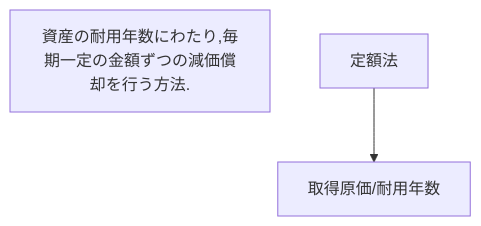
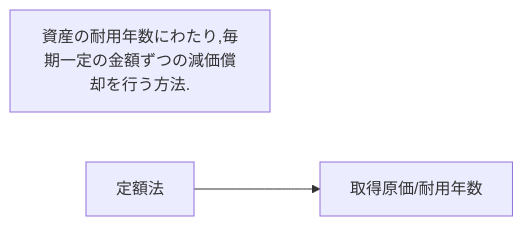
The third of 3 diagrams in 減価償却/減価償却費の計算.md (bebetakumi/mermaid), drawn with Mermaid before and after one commit.

````diff
--- a/減価償却/減価償却費の計算.md
+++ b/減価償却/減価償却費の計算.md
@@ -21,8 +21,8 @@
 ```mermaid
-flowchart TD
+flowchart LR
 
 資産の耐用年数にわたり,毎期一定の金額ずつの減価償却を行う方法.
 
 定額法 --> 取得原価/耐用年数
 
 ```
````
